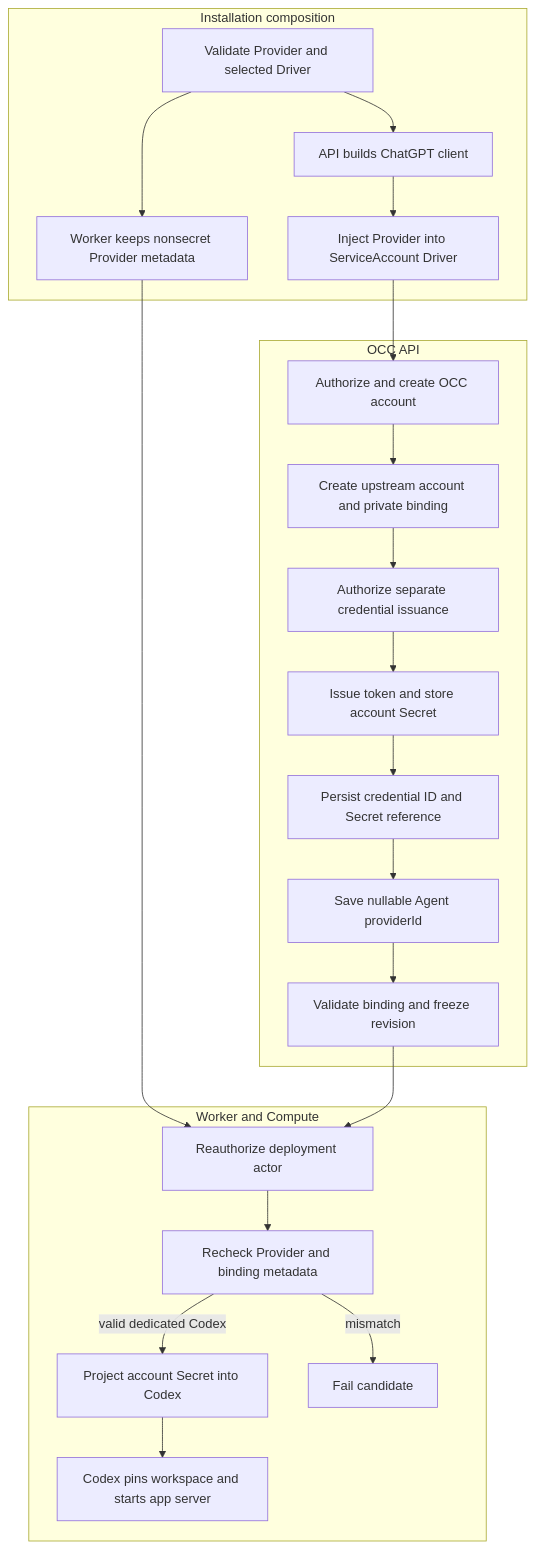
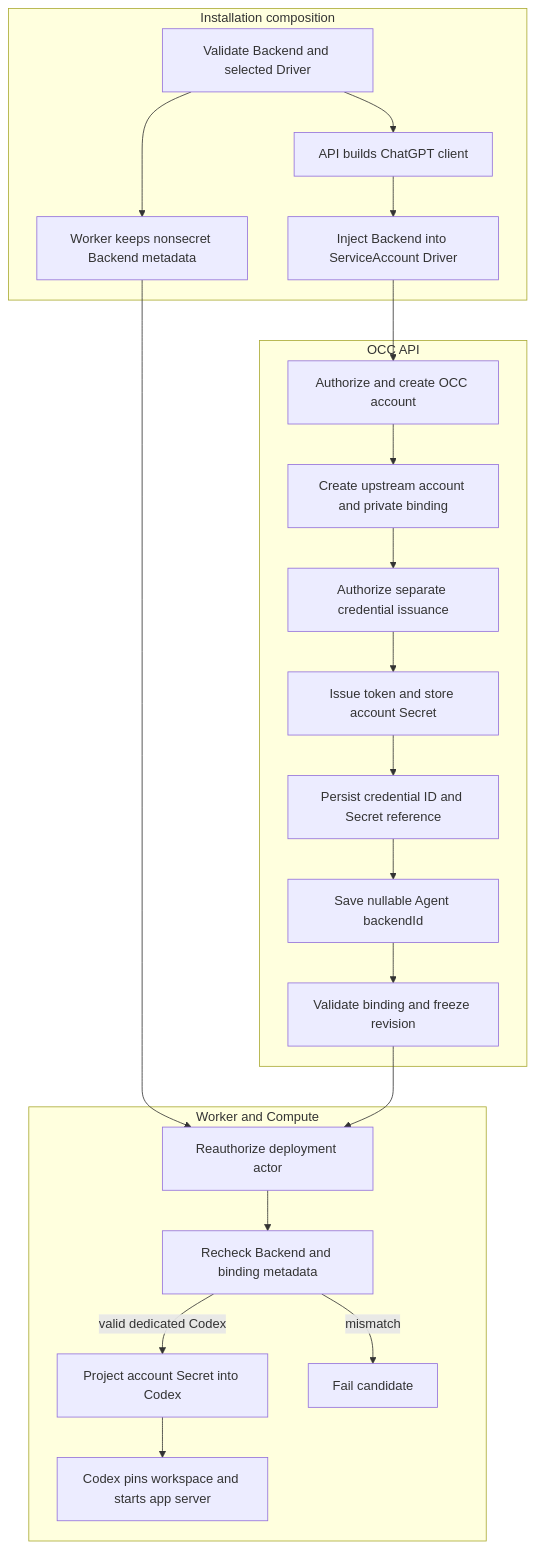
One commit to openclaw/openclaw-enterprise changed the diagram in docs/flows/service-account-driver-credential-delivery.md. Above: the diagram before and after it, drawn with Mermaid. The commit also changed other lines of this file and 202 other files, not shown here.

````diff
--- a/docs/flows/service-account-driver-credential-delivery.md
+++ b/docs/flows/service-account-driver-credential-delivery.md
@@ -33,25 +33,25 @@
 ```mermaid
 graph TD
   subgraph Composition["Installation composition"]
-    A["Validate Provider and selected Driver"] --> B["API builds ChatGPT client"]
-    B --> C["Inject Provider into ServiceAccount Driver"]
-    A --> D["Worker keeps nonsecret Provider metadata"]
+    A["Validate Backend and selected Driver"] --> B["API builds ChatGPT client"]
+    B --> C["Inject Backend into ServiceAccount Driver"]
+    A --> D["Worker keeps nonsecret Backend metadata"]
   end
   subgraph API["OCC API"]
     C --> E["Authorize and create OCC account"]
     E --> F["Create upstream account and private binding"]
     F --> G["Authorize separate credential issuance"]
     G --> H["Issue token and store account Secret"]
     H --> I["Persist credential ID and Secret reference"]
-    I --> J["Save nullable Agent providerId"]
+    I --> J["Save nullable Agent backendId"]
     J --> K["Validate binding and freeze revision"]
   end
   subgraph Worker["Worker and Compute"]
     D --> L["Reauthorize deployment actor"]
     K --> L
-    L --> M["Recheck Provider and binding metadata"]
+    L --> M["Recheck Backend and binding metadata"]
     M -->|valid dedicated Codex| N["Project account Secret into Codex"]
     M -->|mismatch| O["Fail candidate"]
     N --> P["Codex pins workspace and starts app server"]
   end
 ```
````
